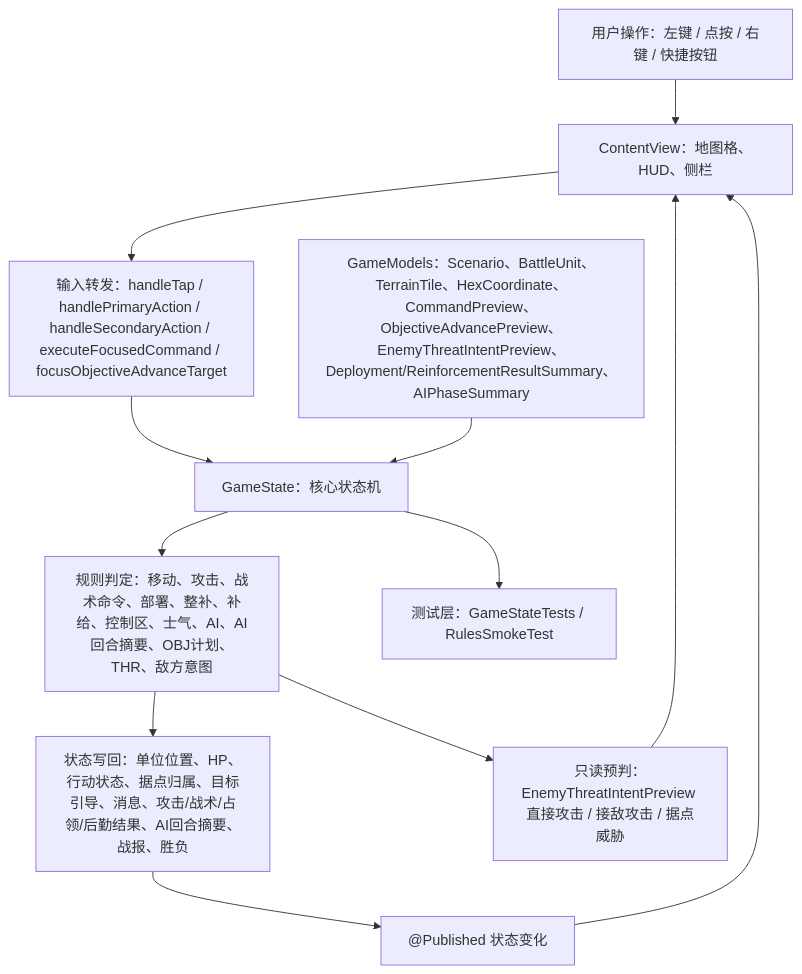
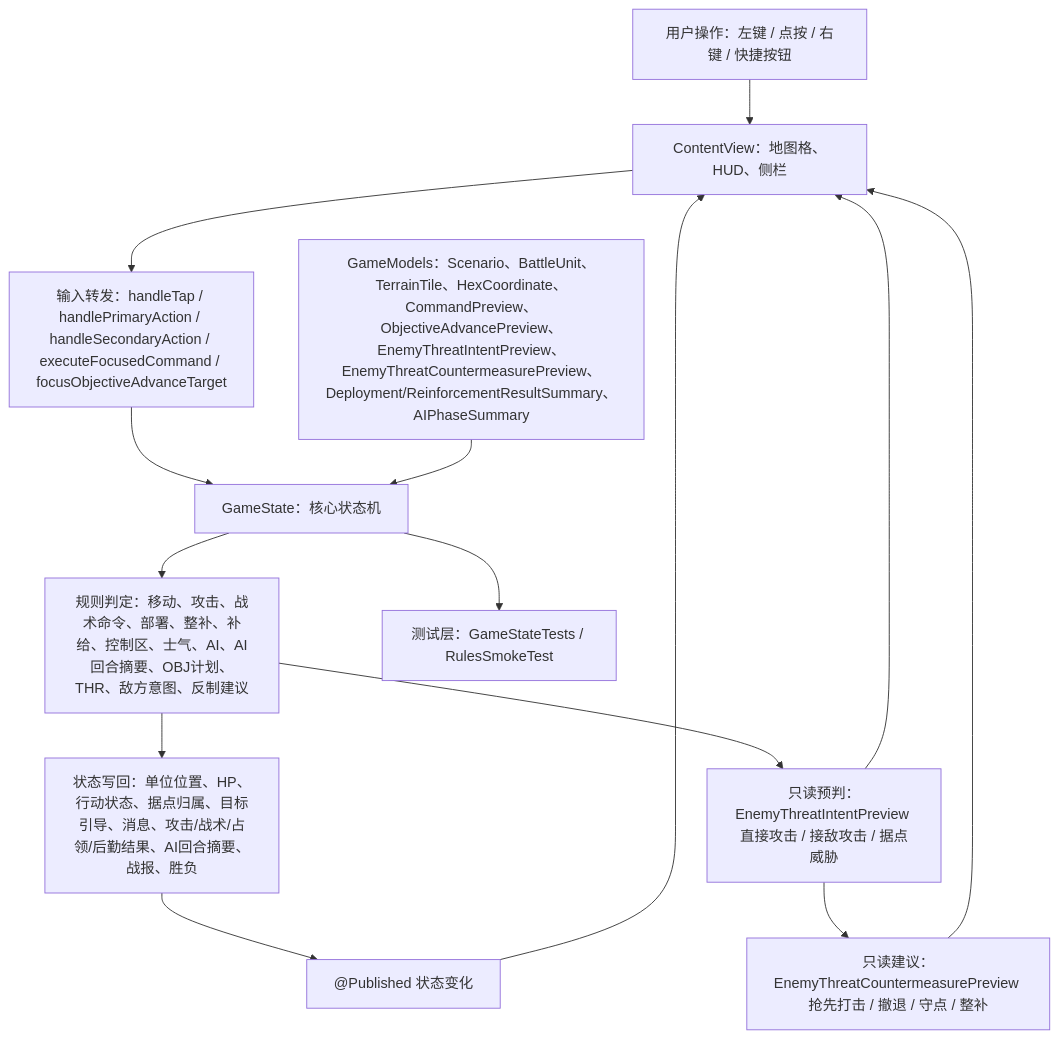
The first of 5 diagrams in md/flow/flowchart.md (Altman-sam114/116), drawn with Mermaid before and after one commit. The commit also changed other lines of this file and 10 other files, not shown here.

Commit message:
v1.11: 增强敌方意图反制建议

````diff
--- a/md/flow/flowchart.md
+++ b/md/flow/flowchart.md
@@ -9,14 +9,16 @@
 ```mermaid
 flowchart TD
   U["用户操作：左键 / 点按 / 右键 / 快捷按钮"] --> V["ContentView：地图格、HUD、侧栏"]
   V --> I["输入转发：handleTap / handlePrimaryAction / handleSecondaryAction / executeFocusedCommand / focusObjectiveAdvanceTarget"]
   I --> S["GameState：核心状态机"]
-  M["GameModels：Scenario、BattleUnit、TerrainTile、HexCoordinate、CommandPreview、ObjectiveAdvancePreview、EnemyThreatIntentPreview、Deployment/ReinforcementResultSummary、AIPhaseSummary"] --> S
-  S --> R["规则判定：移动、攻击、战术命令、部署、整补、补给、控制区、士气、AI、AI回合摘要、OBJ计划、THR、敌方意图"]
+  M["GameModels：Scenario、BattleUnit、TerrainTile、HexCoordinate、CommandPreview、ObjectiveAdvancePreview、EnemyThreatIntentPreview、EnemyThreatCountermeasurePreview、Deployment/ReinforcementResultSummary、AIPhaseSummary"] --> S
+  S --> R["规则判定：移动、攻击、战术命令、部署、整补、补给、控制区、士气、AI、AI回合摘要、OBJ计划、THR、敌方意图、反制建议"]
   R --> W["状态写回：单位位置、HP、行动状态、据点归属、目标引导、消息、攻击/战术/占领/后勤结果、AI回合摘要、战报、胜负"]
   R --> EI["只读预判：EnemyThreatIntentPreview 直接攻击 / 接敌攻击 / 据点威胁"]
+  EI --> EC["只读建议：EnemyThreatCountermeasurePreview 抢先打击 / 撤退 / 守点 / 整补"]
   W --> P["@Published 状态变化"]
   P --> V
   EI --> V
+  EC --> V
   S --> T["测试层：GameStateTests / RulesSmokeTest"]
 ```
````
